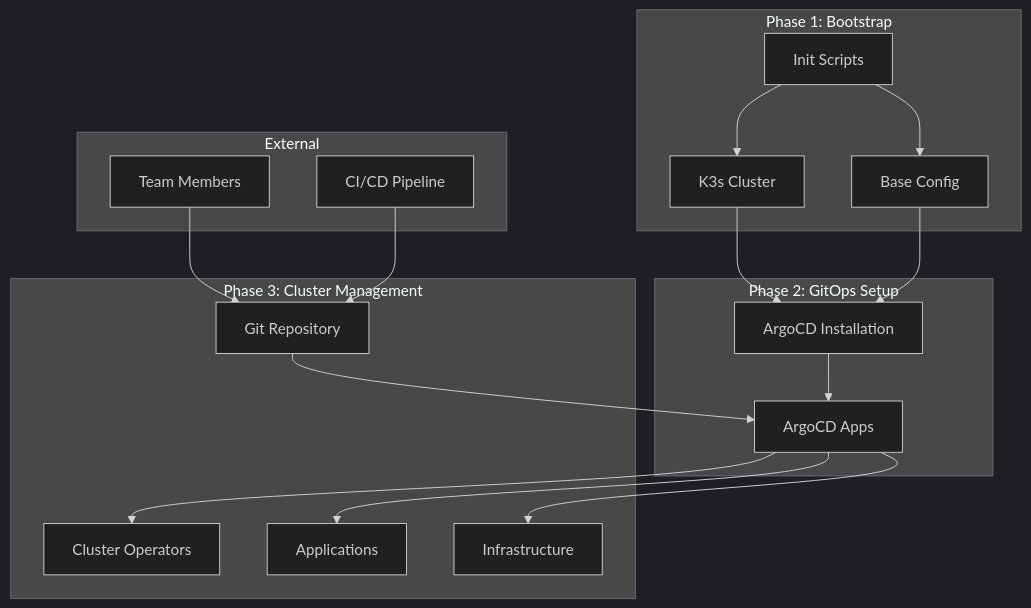
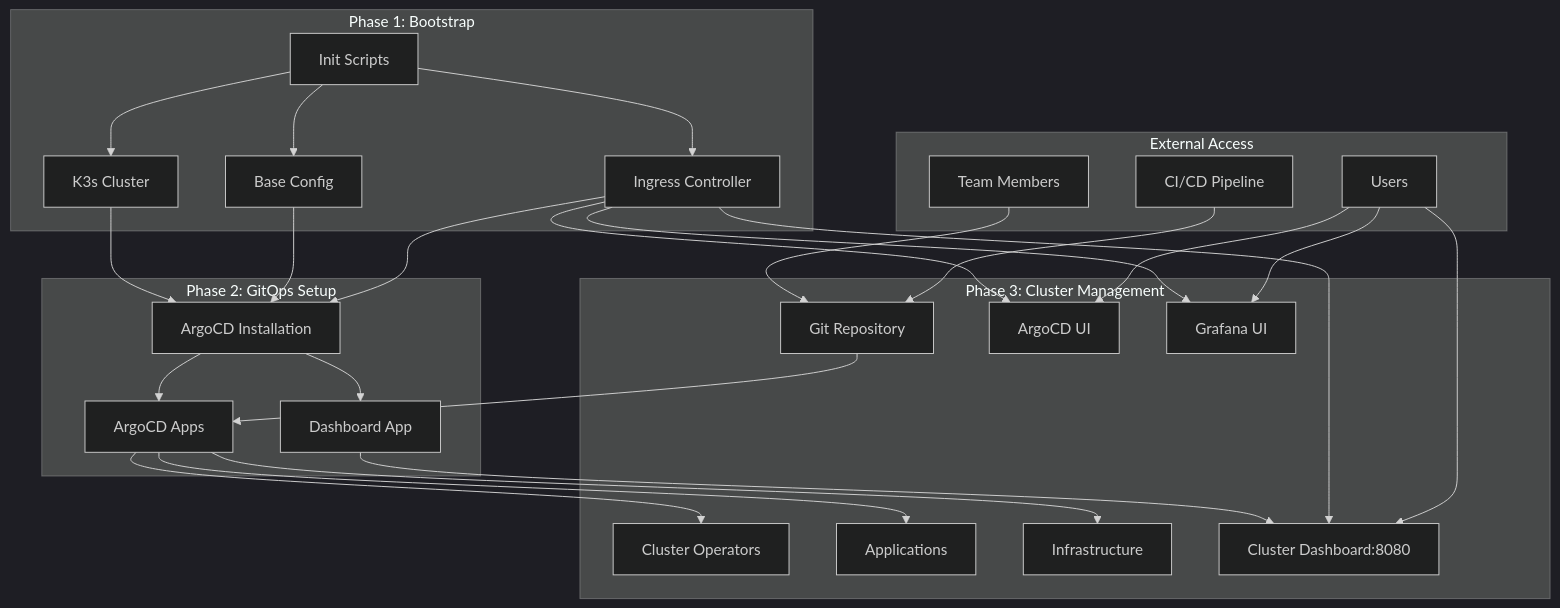
One commit to adir1/merka.cloud.k3s changed the diagram in .kiro/specs/k3s-cluster-management/design.md. Above: the diagram before and after it, drawn with Mermaid (dark theme). The commit also changed other lines of this file and 34 other files, not shown here.

````diff
--- a/.kiro/specs/k3s-cluster-management/design.md
+++ b/.kiro/specs/k3s-cluster-management/design.md
@@ -11,25 +11,35 @@
 ```mermaid
 graph TB
     subgraph "Phase 1: Bootstrap"
         A[Init Scripts] --> B[K3s Cluster]
         A --> C[Base Config]
+        A --> L[Ingress Controller]
     end
     
     subgraph "Phase 2: GitOps Setup"
         B --> D[ArgoCD Installation]
         C --> D
+        L --> D
         D --> E[ArgoCD Apps]
+        D --> M[Dashboard App]
     end
     
     subgraph "Phase 3: Cluster Management"
         F[Git Repository] --> E
         E --> G[Cluster Operators]
         E --> H[Applications]
         E --> I[Infrastructure]
+        M --> N[Cluster Dashboard:8080]
+        L --> N
+        L --> O[ArgoCD UI]
+        L --> P[Grafana UI]
     end
     
-    subgraph "External"
+    subgraph "External Access"
+        Q[Users] --> N
+        Q --> O
+        Q --> P
         J[Team Members] --> F
         K[CI/CD Pipeline] --> F
     end
 ```
````
